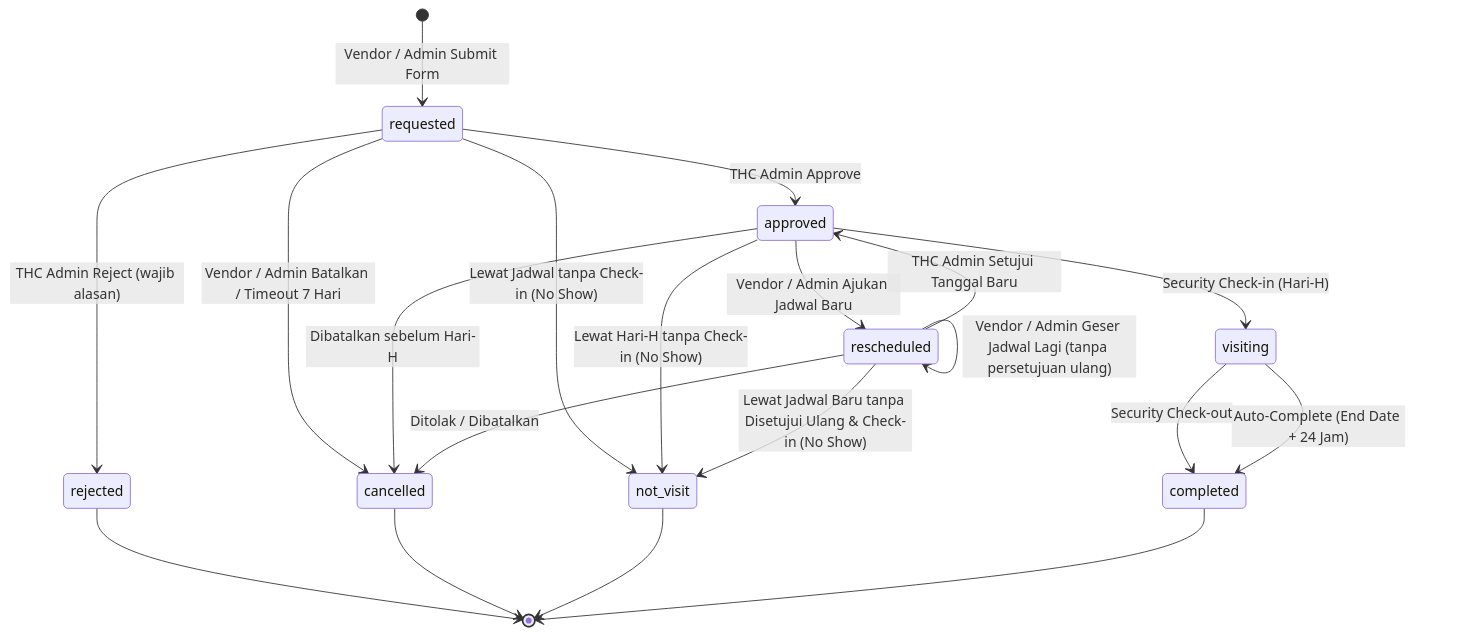
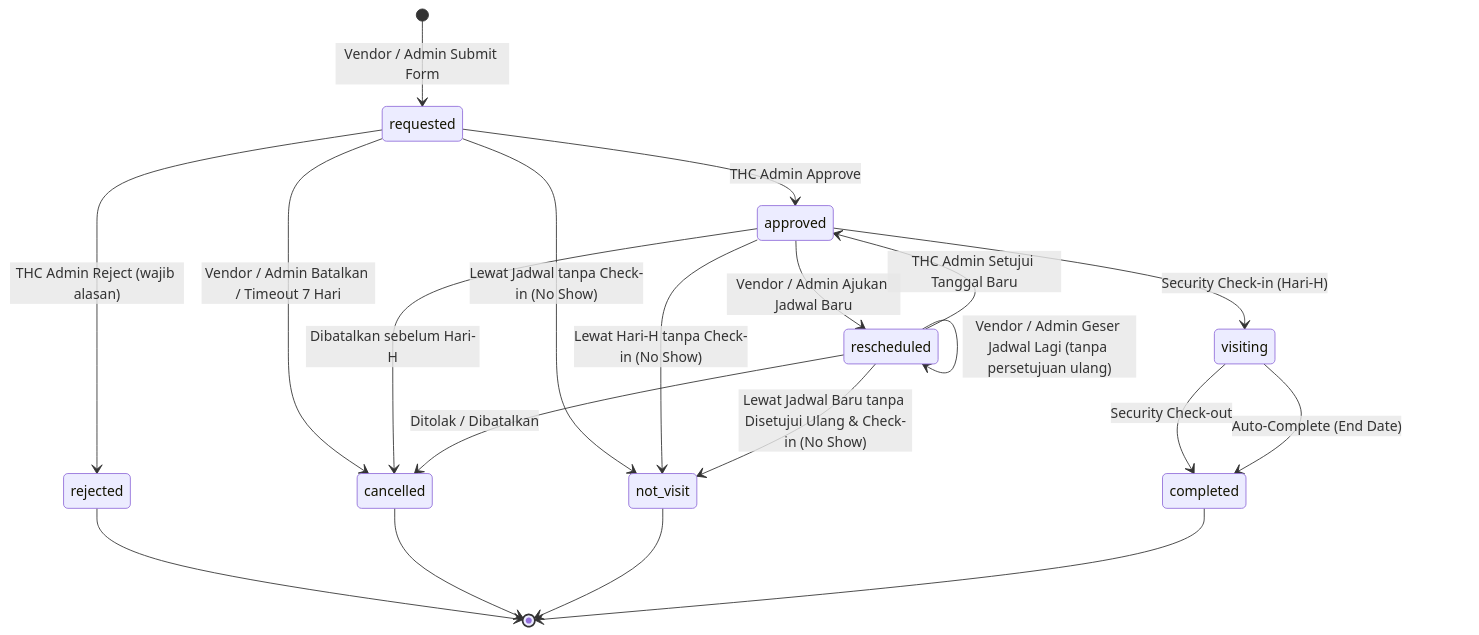
Before and after one commit to andyderis36/thc-vms: the diagram in docs/0. PRD - THC Visitor App.md, drawn with Mermaid. The commit also changed other lines of this file and 66 other files, not shown here.

Commit message:
Feat: multi-entry permit remaining (FE timeline + gate + docs + E2E)

````diff
--- a/docs/0. PRD - THC Visitor App.md
+++ b/docs/0. PRD - THC Visitor App.md
@@ -128,27 +129,27 @@
 ```mermaid
 stateDiagram-v2
     [*] --> requested: Vendor / Admin Submit Form
     
     requested --> approved: THC Admin Approve
     requested --> rejected: THC Admin Reject (wajib alasan)
     requested --> cancelled: Vendor / Admin Batalkan / Timeout 7 Hari
     requested --> not_visit: Lewat Jadwal tanpa Check-in (No Show)
     
     approved --> visiting: Security Check-in (Hari-H)
     approved --> rescheduled: Vendor / Admin Ajukan Jadwal Baru
     approved --> cancelled: Dibatalkan sebelum Hari-H
     approved --> not_visit: Lewat Hari-H tanpa Check-in (No Show)
     
     rescheduled --> approved: THC Admin Setujui Tanggal Baru
     rescheduled --> rescheduled: Vendor / Admin Geser Jadwal Lagi (tanpa persetujuan ulang)
     rescheduled --> cancelled: Ditolak / Dibatalkan
     rescheduled --> not_visit: Lewat Jadwal Baru tanpa Disetujui Ulang & Check-in (No Show)
     
     visiting --> completed: Security Check-out
-    visiting --> completed: Auto-Complete (End Date + 24 Jam)
+    visiting --> completed: Auto-Complete (End Date)
     
     rejected --> [*]
     cancelled --> [*]
     not_visit --> [*]
     completed --> [*]
 ```
````
